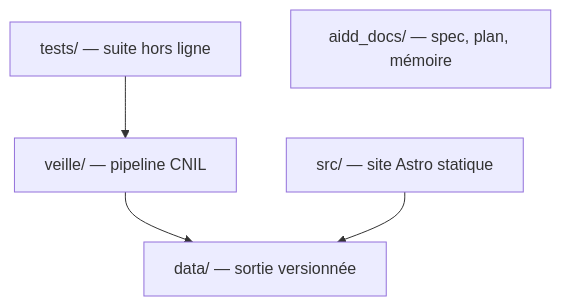
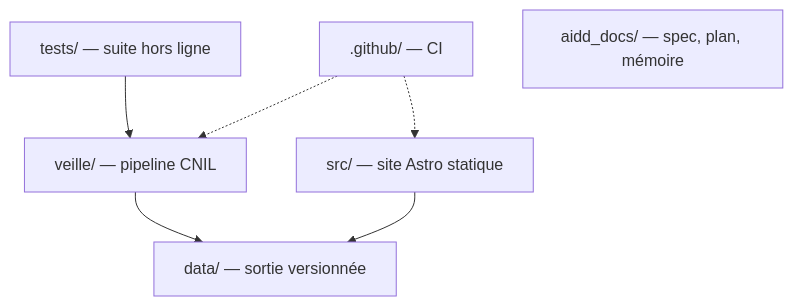
The diagram in aidd_docs/memory/codebase-map.md (Beccariavf/vitrine), drawn with Mermaid before and after one commit. The commit also changed other lines of this file and 9 other files, not shown here.

````diff
--- a/aidd_docs/memory/codebase-map.md
+++ b/aidd_docs/memory/codebase-map.md
@@ -5,7 +5,9 @@
 ```mermaid
 flowchart TD
     CLI["veille/ — pipeline CNIL"] --> DATA["data/ — sortie versionnée"]
     TESTS["tests/ — suite hors ligne"] --> CLI
     SRC["src/ — site Astro statique"] --> DATA
+    CI[".github/ — CI"] -.-> CLI
+    CI -.-> SRC
     DOCS["aidd_docs/ — spec, plan, mémoire"]
 ```
````
